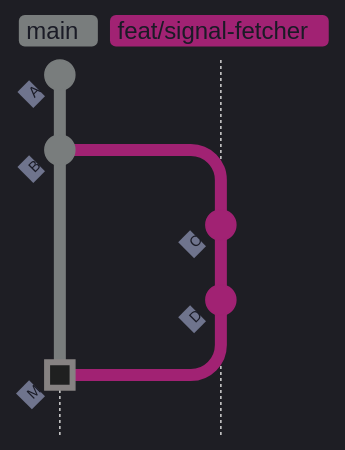
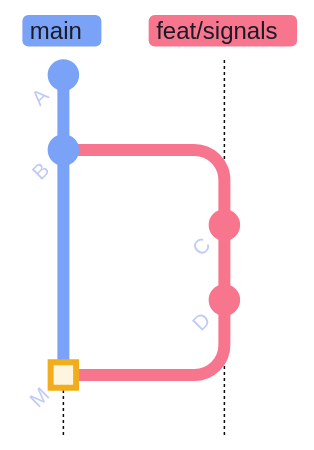
The second of 5 diagrams in content/08-Git/pull-requests-and-code-review.md (alp78/elysium), drawn with Mermaid before and after one commit. The commit also changed other lines of this file and 14 other files, not shown here.

````diff
--- a/content/08-Git/pull-requests-and-code-review.md
+++ b/content/08-Git/pull-requests-and-code-review.md
@@ -173,11 +173,11 @@
 ```mermaid
-%%{init: {'theme': 'dark', 'themeVariables': {'commitLabelColor': '#1a1b26', 'commitLabelBackground': '#c0caf5', 'gitBranchLabel0': '#1a1b26', 'gitBranchLabel1': '#1a1b26', 'gitBranchLabel2': '#1a1b26', 'gitBranchLabel3': '#1a1b26', 'tagLabelColor': '#1a1b26', 'tagLabelBackground': '#c0caf5'}, 'gitGraph': {'mainBranchName': 'main'}} }%%
+%%{init: {'theme': 'base', 'themeVariables': {'git0': '#7aa2f7', 'git1': '#f7768e', 'git2': '#9ece6a', 'git3': '#e0af68', 'git4': '#bb9af7', 'gitBranchLabel0': '#1a1b26', 'gitBranchLabel1': '#1a1b26', 'gitBranchLabel2': '#1a1b26', 'gitBranchLabel3': '#1a1b26', 'commitLabelColor': '#c0caf5', 'commitLabelBackground': 'transparent', 'commitLabelFontSize': '14px', 'tagLabelColor': '#1a1b26', 'tagLabelBackground': '#c0caf5'}, 'gitGraph': {'mainBranchName': 'main'}} }%%
 gitGraph TB:
   commit id: "A"
   commit id: "B"
-  branch feat/signal-fetcher
+  branch feat/signals
   commit id: "C"
   commit id: "D"
   checkout main
-  merge feat/signal-fetcher id: "M" type: HIGHLIGHT
+  merge feat/signals id: "M" type: HIGHLIGHT
 ```
````
